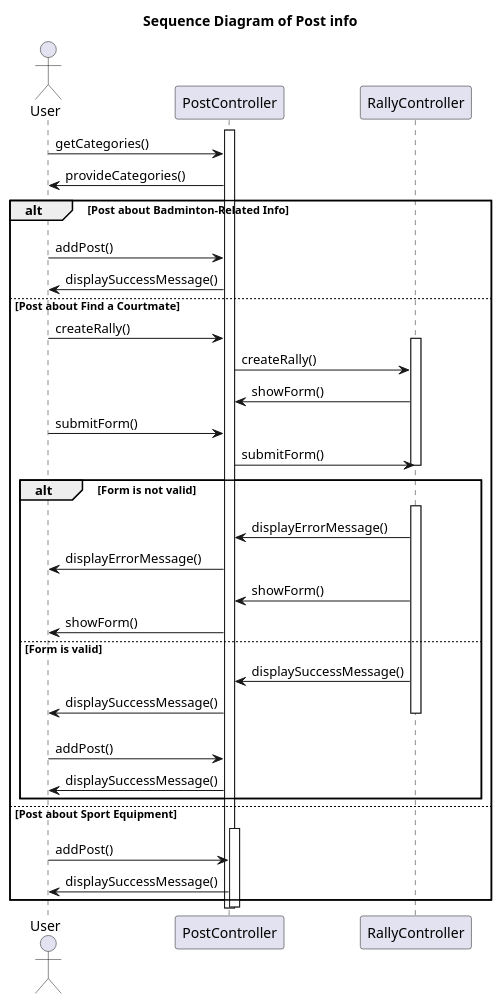
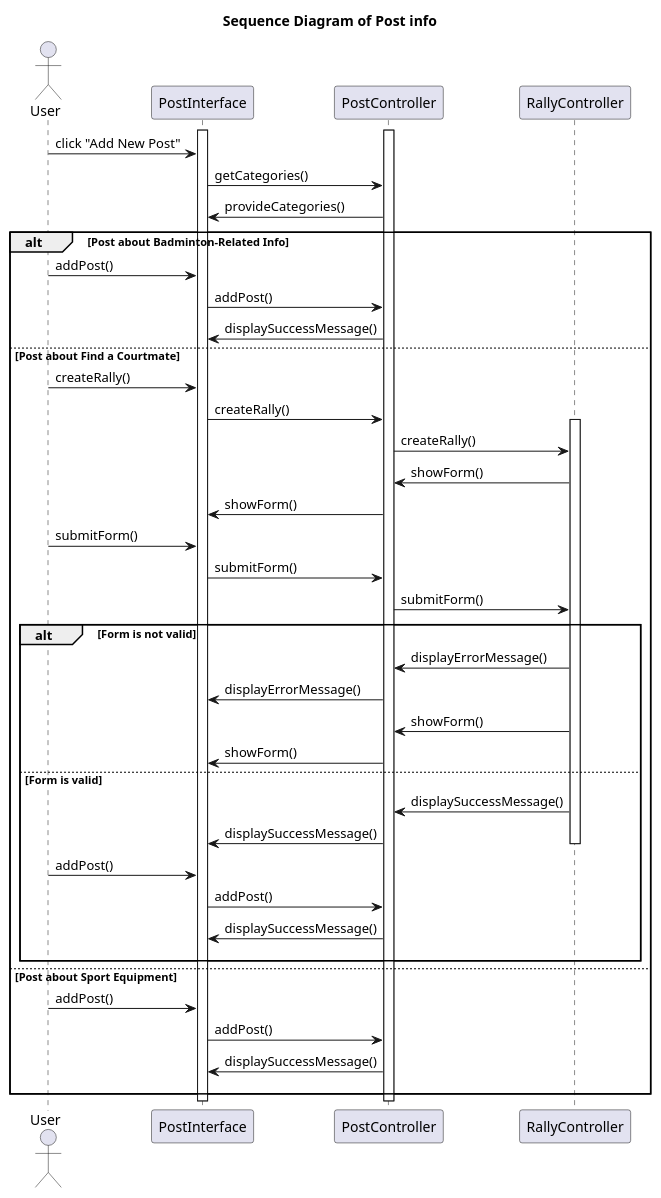
One commit to Vizards8/Hey_Badminton changed the diagram in Diagram/Sequence Diagram/post info.puml. Above: the diagram before and after it, drawn with PlantUML. The commit also changed 4 other files, not shown here.

Commit message:
Add Interface to Sequence Diagrams

```diff
--- a/Diagram/Sequence Diagram/post info.puml
+++ b/Diagram/Sequence Diagram/post info.puml
@@ -1,59 +1,63 @@
 @startuml
 title Sequence Diagram of Post info
 
 actor User
+activate PostInterface
+activate PostController
 
-activate PostController
-User -> PostController : getCategories()
-PostController -> User : provideCategories()
+User -> PostInterface: click "Add New Post"
+PostInterface -> PostController : getCategories()
+PostController -> PostInterface : provideCategories()
 
 alt Post about Badminton-Related Info
 
-    User -[hidden]>
-    User -> PostController : addPost()
-    PostController -> User : displaySuccessMessage()
+    User -> PostInterface : addPost()
+    PostInterface -> PostController : addPost()
+    PostController -> PostInterface : displaySuccessMessage()
 
 else Post about Find a Courtmate
 
-    User -> PostController : createRally()
+    User -> PostInterface : createRally()
+    PostInterface -> PostController : createRally()
 
     activate RallyController
     PostController -> RallyController : createRally()
     RallyController -> PostController : showForm()
-    User -> PostController : submitForm()
+    PostController -> PostInterface : showForm()
+    User -> PostInterface : submitForm()
+    PostInterface -> PostController : submitForm()
     PostController -> RallyController : submitForm()
-    deactivate RallyController
 
     alt Form is not valid
 
-        User -[hidden]>
-        activate RallyController
         RallyController -> PostController : displayErrorMessage()
-        PostController -> User : displayErrorMessage()
+        PostController -> PostInterface : displayErrorMessage()
         RallyController -> PostController : showForm()
-        PostController -> User : showForm()
+        PostController -> PostInterface : showForm()
 
     else Form is valid
 
         RallyController -> PostController : displaySuccessMessage()
-        PostController -> User : displaySuccessMessage()
+        PostController -> PostInterface : displaySuccessMessage()
         deactivate RallyController
 
+        User -> PostInterface : addPost()
+        PostInterface -> PostController : addPost()
+        PostController -> PostInterface : displaySuccessMessage()
         User -[hidden]> PostController
-        User -> PostController : addPost()
-        PostController -> User : displaySuccessMessage()
 
     end
 
 else Post about Sport Equipment
 
-    User -[hidden]>
-    activate PostController
-    User -> PostController : addPost()
-    PostController -> User : displaySuccessMessage()
+    User -> PostInterface : addPost()
+    PostInterface -> PostController : addPost()
+    PostController -> PostInterface : displaySuccessMessage()
+        User -[hidden]> PostController
 
 end
 
+deactivate PostInterface
 deactivate PostController
 
 @enduml
```
